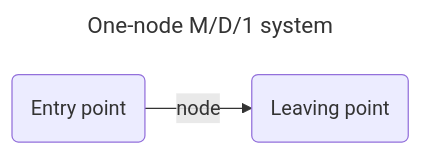
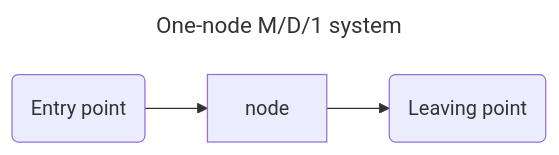
One commit to marco-create/queueing changed the first of 2 diagrams in README.md. Above: the diagram before and after it, drawn with Mermaid. The commit also changed other lines of this file, not shown here.

````diff
--- a/README.md
+++ b/README.md
@@ -8,9 +8,9 @@
 ```mermaid
 ---
 title: One-node M/D/1 system
 ---
   graph LR;
   A("Entry point")
   B("Leaving point")
-      A-- node --> B
+      A --> node --> B
 ```
````
